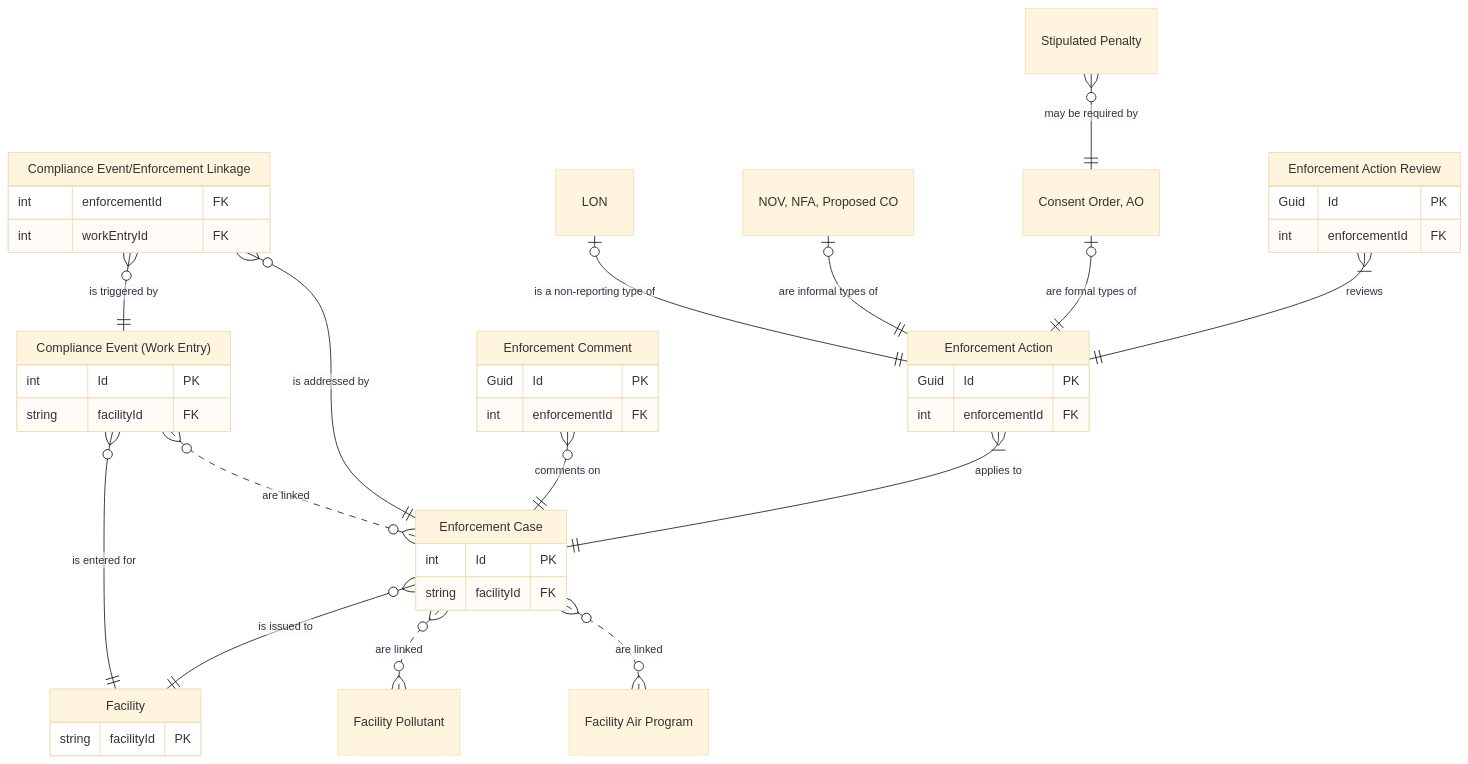
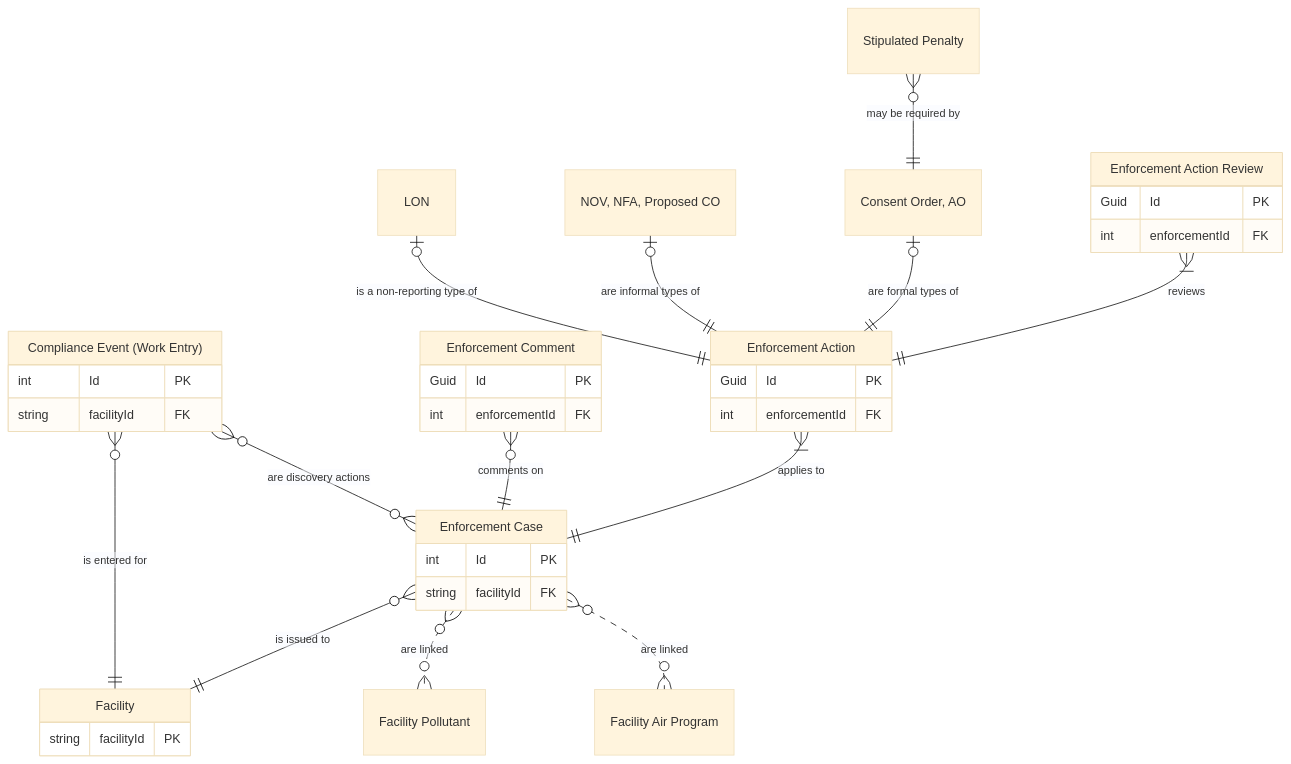
The diagram in docs/Data-entities/Enforcement-ERD.md (gaepdit/air-web), drawn with Mermaid (base theme) before and after one commit. The commit also changed 3 other files, not shown here.

Commit message:
Refactor compliance event linkage

````diff
--- a/docs/Data-entities/Enforcement-ERD.md
+++ b/docs/Data-entities/Enforcement-ERD.md
@@ -3,58 +3,51 @@
 ```mermaid
 erDiagram
     FAC["Facility"] {
         string facilityId PK
     }
 
     CWE["Compliance Event (Work Entry)"] {
         int Id PK
         string facilityId FK
     }
 
     ENF["Enforcement Case"] {
         int Id PK
         string facilityId FK
-    }
-
-    LNK["Compliance Event/Enforcement Linkage"] {
-        int enforcementId FK
-        int workEntryId FK
     }
 
     CTE["Enforcement Comment"] {
         Guid Id PK
         int enforcementId FK
     }
 
     ACT["Enforcement Action"] {
         Guid Id PK
         int enforcementId FK
     }
 
     REV["Enforcement Action Review"] {
         Guid Id PK
         int enforcementId FK
     }
 
     NEA["LON"]
     IEA["NOV, NFA, Proposed CO"]
     FEA["Consent Order, AO"]
     POL["Facility Pollutant"]
     PGM["Facility Air Program"]
     STP["Stipulated Penalty"]
     CWE }o--|| FAC: "is entered for"
     ENF }o--|| FAC: "is issued to"
-    CWE }o..o{ ENF: "are linked"
-    LNK }o--|| CWE: "is triggered by"
-    LNK }o--|| ENF: "is addressed by"
+    CWE }o--o{ ENF: "are discovery actions"
     CTE }o--|| ENF: "comments on"
     ACT }|--|| ENF: "applies to"
     ENF }o..o{ POL: "are linked"
     ENF }o..o{ PGM: "are linked"
     NEA |o--|| ACT: "is a non-reporting type of"
     IEA |o--|| ACT: "are informal types of"
     FEA |o--|| ACT: "are formal types of"
     REV }|--|| ACT: "reviews"
     STP }o--|| FEA: "may be required by"
 
 ```
````
